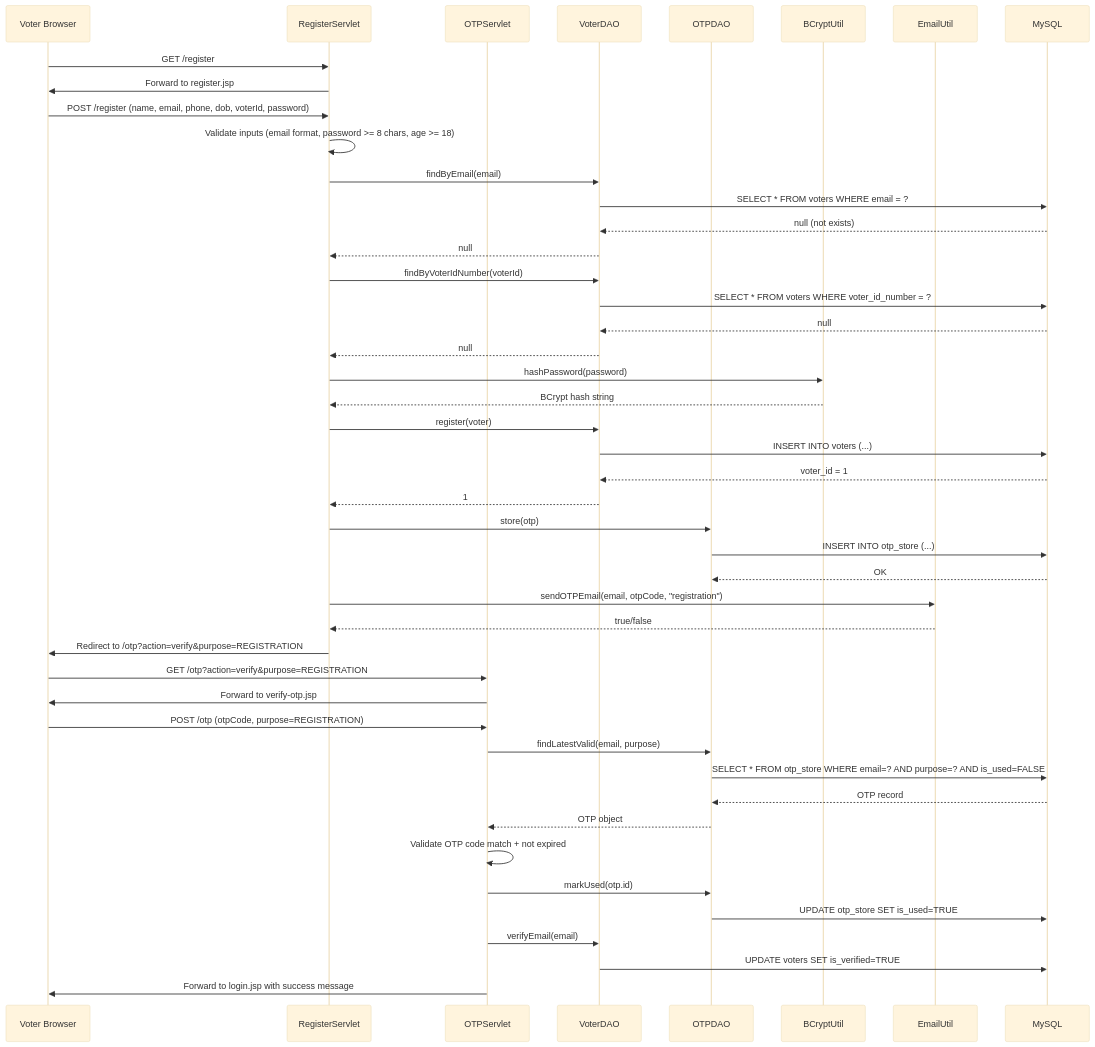
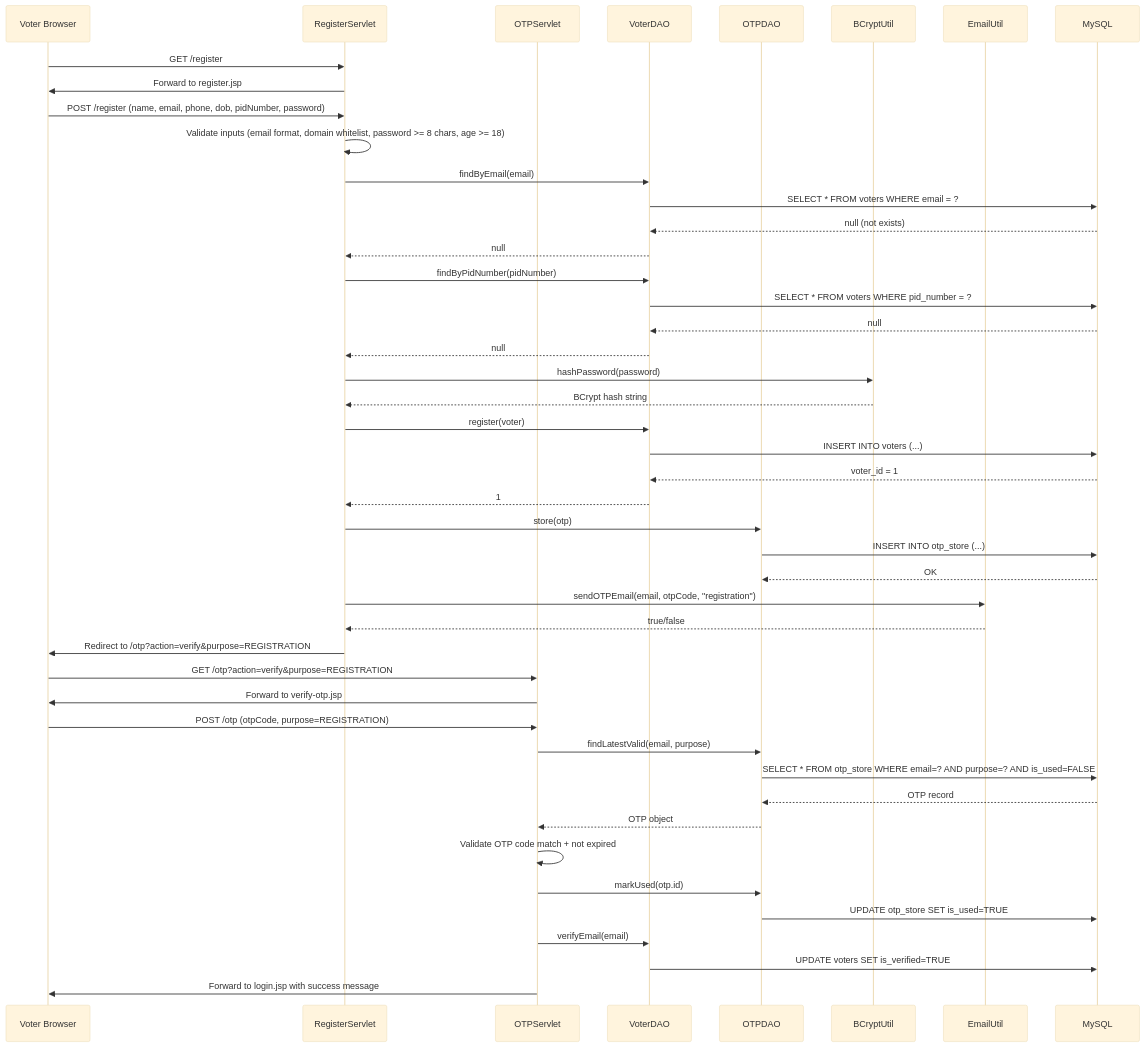
The seventh of 21 diagrams in TECHNICAL_DOCUMENTATION.md (kartikeysingh72/E-Voting), drawn with Mermaid (base theme) before and after one commit. The commit also changed other lines of this file and 2 other files, not shown here.

````diff
--- a/TECHNICAL_DOCUMENTATION.md
+++ b/TECHNICAL_DOCUMENTATION.md
@@ -516,60 +541,60 @@
 ```mermaid
 sequenceDiagram
     participant V as Voter Browser
     participant RS as RegisterServlet
     participant OS as OTPServlet
     participant VDAO as VoterDAO
     participant ODAO as OTPDAO
     participant BC as BCryptUtil
     participant EM as EmailUtil
     participant DB as MySQL
 
     V->>RS: GET /register
     RS->>V: Forward to register.jsp
 
-    V->>RS: POST /register (name, email, phone, dob, voterId, password)
-    RS->>RS: Validate inputs (email format, password >= 8 chars, age >= 18)
+    V->>RS: POST /register (name, email, phone, dob, pidNumber, password)
+    RS->>RS: Validate inputs (email format, domain whitelist, password >= 8 chars, age >= 18)
     RS->>VDAO: findByEmail(email)
     VDAO->>DB: SELECT * FROM voters WHERE email = ?
     DB-->>VDAO: null (not exists)
     VDAO-->>RS: null
 
-    RS->>VDAO: findByVoterIdNumber(voterId)
-    VDAO->>DB: SELECT * FROM voters WHERE voter_id_number = ?
+    RS->>VDAO: findByPidNumber(pidNumber)
+    VDAO->>DB: SELECT * FROM voters WHERE pid_number = ?
     DB-->>VDAO: null
     VDAO-->>RS: null
 
     RS->>BC: hashPassword(password)
     BC-->>RS: BCrypt hash string
     RS->>VDAO: register(voter)
     VDAO->>DB: INSERT INTO voters (...)
     DB-->>VDAO: voter_id = 1
     VDAO-->>RS: 1
 
     RS->>ODAO: store(otp)
     ODAO->>DB: INSERT INTO otp_store (...)
     DB-->>ODAO: OK
 
     RS->>EM: sendOTPEmail(email, otpCode, "registration")
     EM-->>RS: true/false
 
     RS->>V: Redirect to /otp?action=verify&purpose=REGISTRATION
 
     V->>OS: GET /otp?action=verify&purpose=REGISTRATION
     OS->>V: Forward to verify-otp.jsp
 
     V->>OS: POST /otp (otpCode, purpose=REGISTRATION)
     OS->>ODAO: findLatestValid(email, purpose)
     ODAO->>DB: SELECT * FROM otp_store WHERE email=? AND purpose=? AND is_used=FALSE
     DB-->>ODAO: OTP record
     ODAO-->>OS: OTP object
 
     OS->>OS: Validate OTP code match + not expired
     OS->>ODAO: markUsed(otp.id)
     ODAO->>DB: UPDATE otp_store SET is_used=TRUE
 
     OS->>VDAO: verifyEmail(email)
     VDAO->>DB: UPDATE voters SET is_verified=TRUE
 
     OS->>V: Forward to login.jsp with success message
 ```
````
